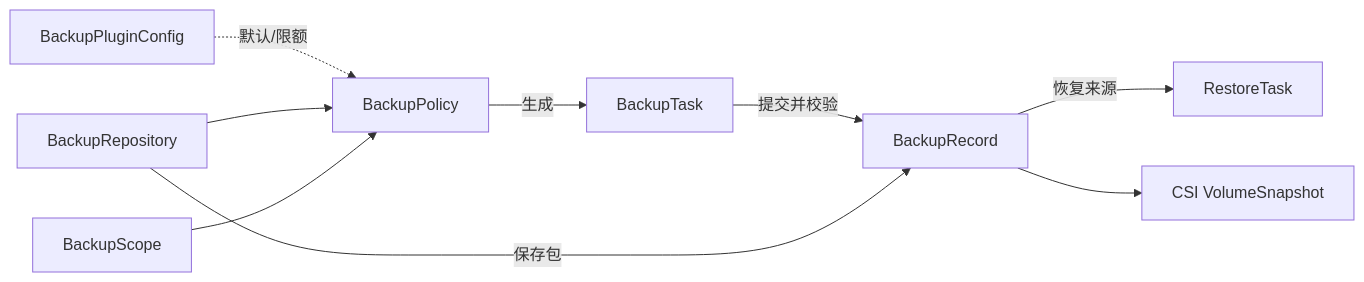
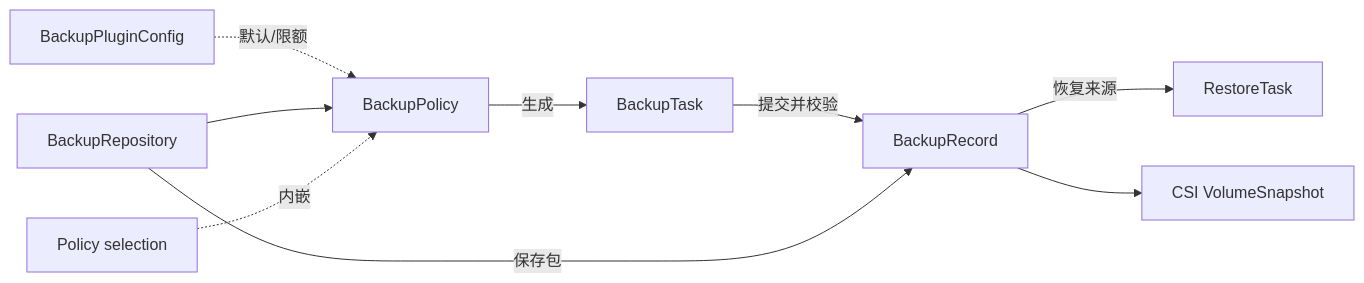
The diagram in docs/backup-restore/README.md (544129603/backup-restore), drawn with Mermaid before and after one commit. The commit also changed other lines of this file and 11 other files, not shown here.

````diff
--- a/docs/backup-restore/README.md
+++ b/docs/backup-restore/README.md
@@ -25,11 +25,11 @@
 ```mermaid
 flowchart LR
   CFG["BackupPluginConfig"] -.默认/限额.-> P["BackupPolicy"]
   REPO["BackupRepository"] --> P
-  SCOPE["BackupScope"] --> P
+  SEL["Policy selection"] -.内嵌.-> P
   P -->|生成| BT["BackupTask"]
   BT -->|提交并校验| BR["BackupRecord"]
   REPO -->|保存包| BR
   BR -->|恢复来源| RT["RestoreTask"]
   BR --> VS["CSI VolumeSnapshot"]
 ```
````
